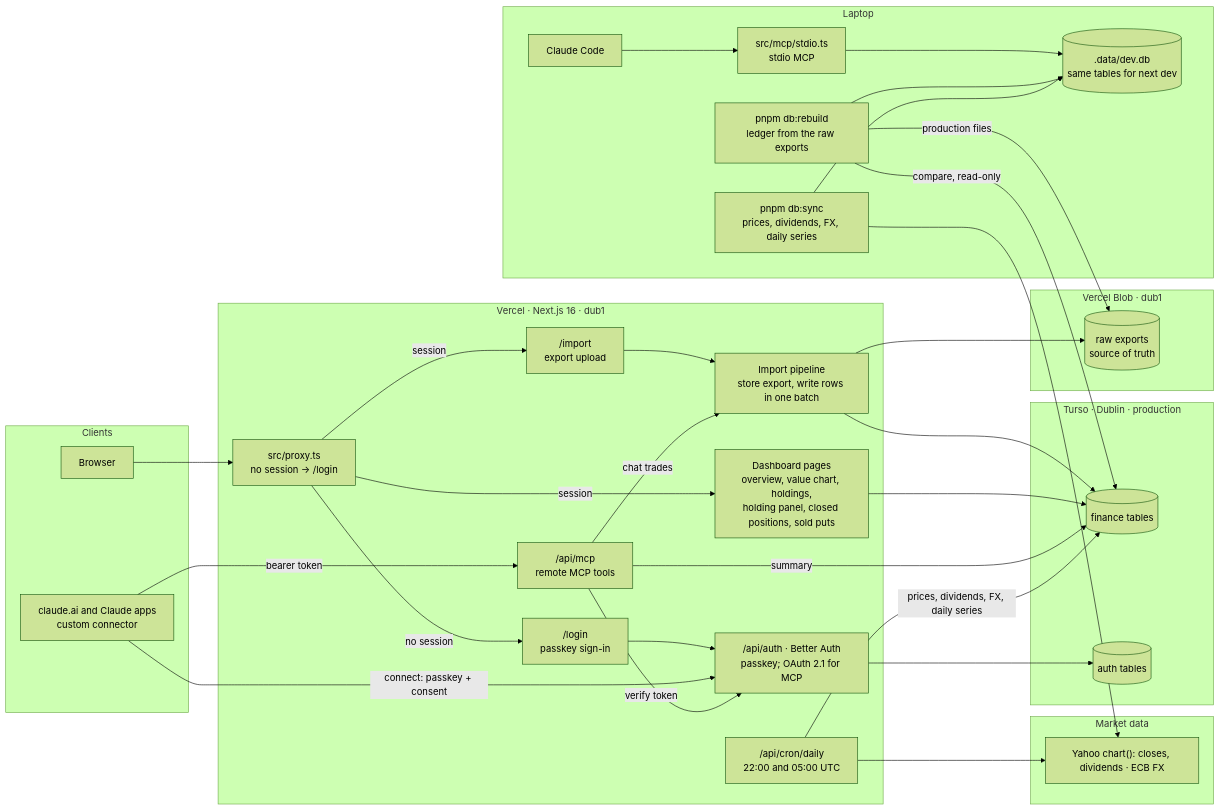
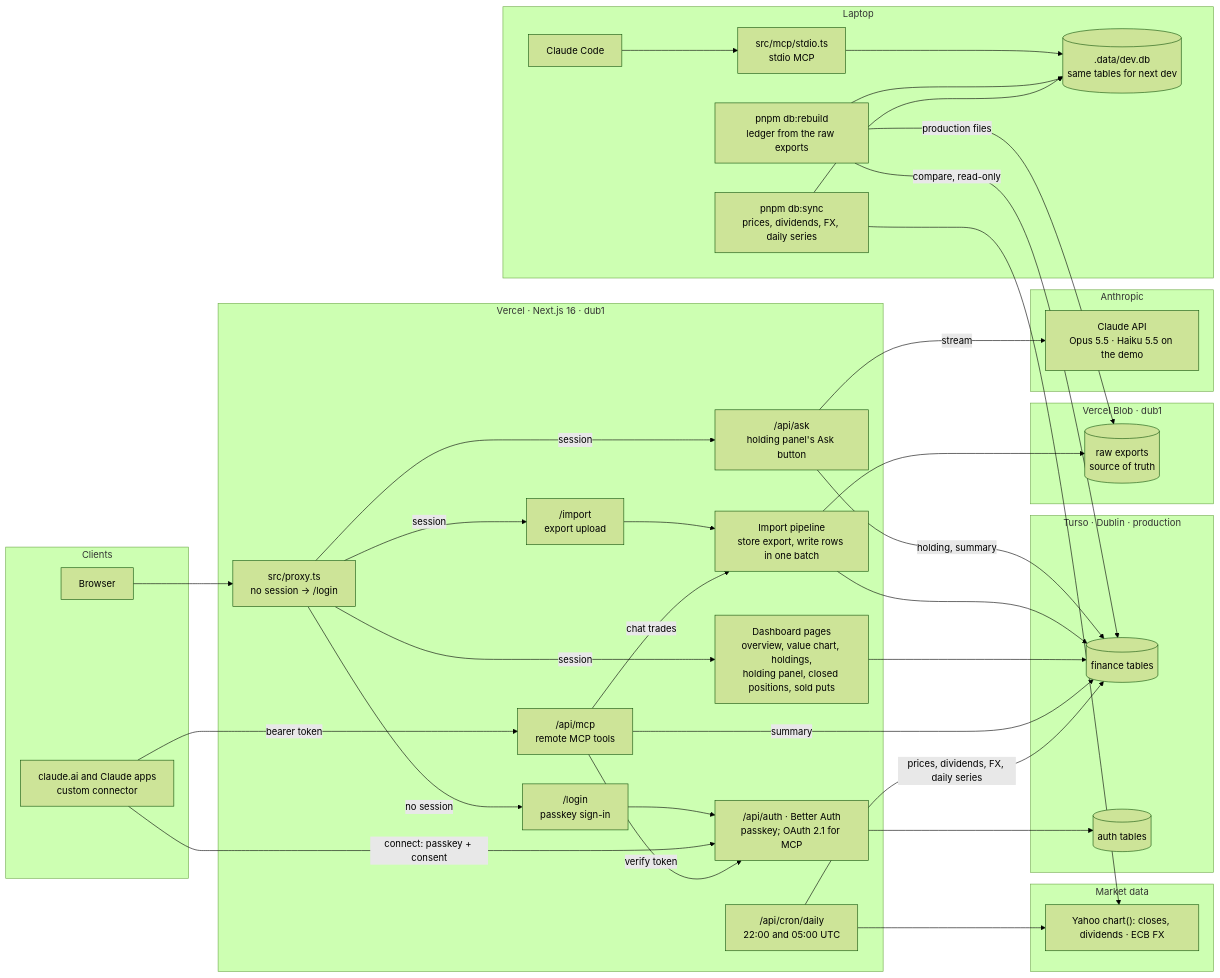
One commit to SerDiuK/marktperspectief changed the diagram in README.md. Above: the diagram before and after it, drawn with Mermaid (forest theme). The commit also changed other lines of this file and 30 other files, not shown here.

````diff
--- a/README.md
+++ b/README.md
@@ -121,67 +123,75 @@
 ```mermaid
 flowchart LR
   subgraph clients["Clients"]
     browser["Browser"]
     claudeai["claude.ai and Claude apps<br/>custom connector"]
   end
 
   subgraph app["Vercel · Next.js 16 · dub1"]
     proxy["src/proxy.ts<br/>no session → /login"]
     pages["Dashboard pages<br/>overview, value chart, holdings,<br/>holding panel, closed positions, sold puts"]
     upload["/import<br/>export upload"]
     import["Import pipeline<br/>store export, write rows in one batch"]
     login["/login<br/>passkey sign-in"]
     betterauth["/api/auth · Better Auth<br/>passkey; OAuth 2.1 for MCP"]
     remotemcp["/api/mcp<br/>remote MCP tools"]
+    ask["/api/ask<br/>holding panel's Ask button"]
     cron["/api/cron/daily<br/>22:00 and 05:00 UTC"]
+  end
+
+  subgraph anthropic["Anthropic"]
+    claudeapi["Claude API<br/>Opus 5.5 · Haiku 5.5 on the demo"]
   end
 
   subgraph market["Market data"]
     providers["Yahoo chart(): closes, dividends · ECB FX"]
   end
 
   subgraph blobstore["Vercel Blob · dub1"]
     blob[("raw exports<br/>source of truth")]
   end
 
   subgraph turso["Turso · Dublin · production"]
     financedb[("finance tables")]
     authdb[("auth tables")]
   end
 
   subgraph laptop["Laptop"]
     claudecode["Claude Code"]
     stdio["src/mcp/stdio.ts<br/>stdio MCP"]
     devdb[(".data/dev.db<br/>same tables for next dev")]
     rebuild["pnpm db:rebuild<br/>ledger from the raw exports"]
     sync["pnpm db:sync<br/>prices, dividends, FX, daily series"]
   end
 
   browser --> proxy
   proxy -->|no session| login
   proxy -->|session| pages
   proxy -->|session| upload
+  proxy -->|session| ask
+  ask -->|holding, summary| financedb
+  ask -->|stream| claudeapi
   login --> betterauth
   betterauth --> authdb
 
   claudeai -->|"connect: passkey + consent"| betterauth
   claudeai -->|bearer token| remotemcp
   remotemcp -->|verify token| betterauth
 
   upload --> import
   remotemcp -->|chat trades| import
   import --> blob
   import --> financedb
   pages --> financedb
   remotemcp -->|summary| financedb
   cron --> providers
   cron -->|prices, dividends, FX, daily series| financedb
 
   claudecode --> stdio
   stdio --> devdb
   rebuild -->|production files| blob
   rebuild --> devdb
   rebuild -->|compare, read-only| financedb
   sync --> providers
   sync --> devdb
 ```
````
